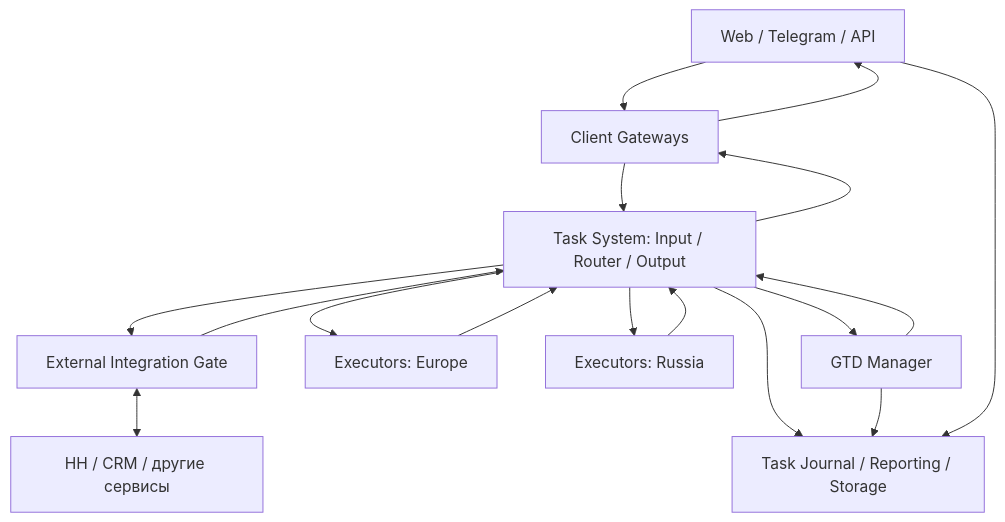
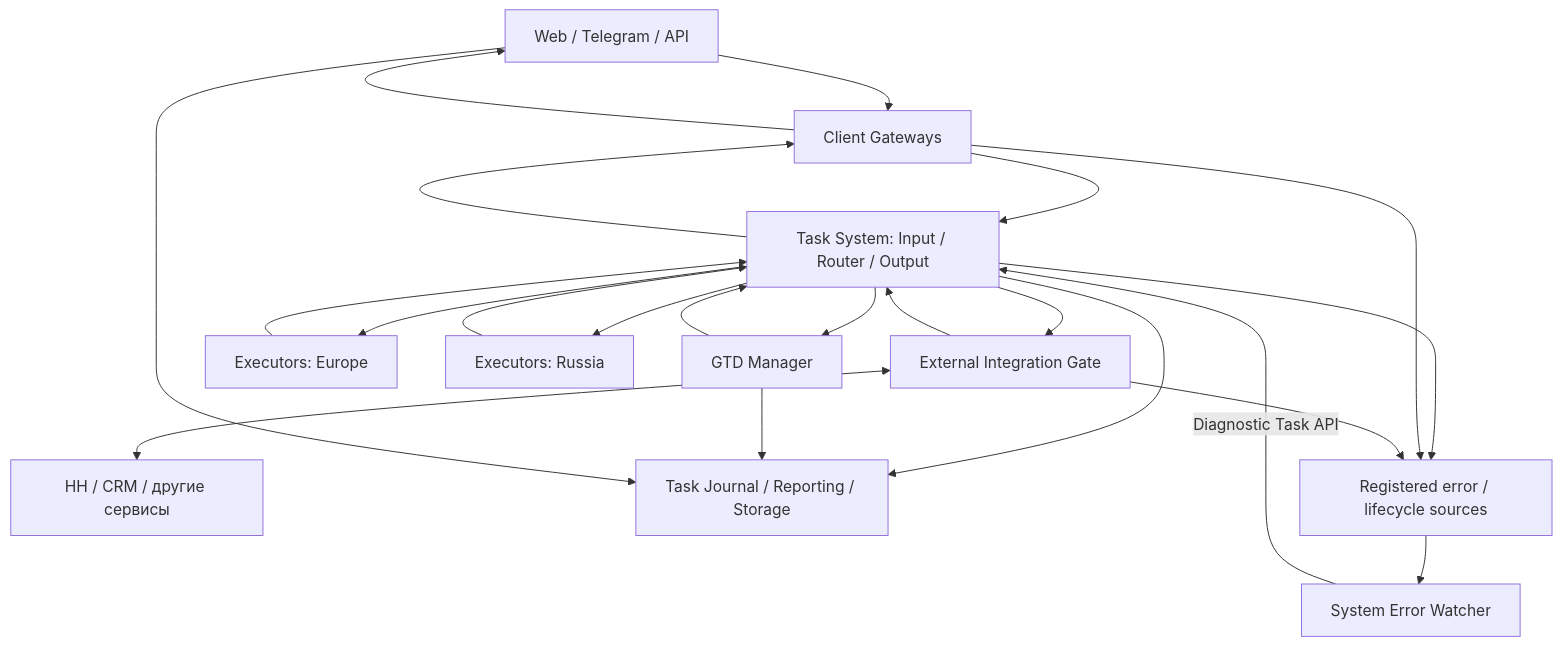
Before and after one commit to trained-assist/trained-agent-architecture: the first of 3 diagrams in ARCHITECTURE.md, drawn with Mermaid. The commit also changed other lines of this file, not shown here.

Commit message:
docs: adopt selective GTD, OpenCode escalation, watcher and observability

````diff
--- a/ARCHITECTURE.md
+++ b/ARCHITECTURE.md
@@ -15,19 +15,24 @@
 ```mermaid
 flowchart TD
   C["Web / Telegram / API"] --> G["Client Gateways"]
   G --> T["Task System: Input / Router / Output"]
   E["External Integration Gate"] --> T
   T --> E
   E <--> X["HH / CRM / другие сервисы"]
   T --> EU["Executors: Europe"]
   T --> RU["Executors: Russia"]
   EU --> T
   RU --> T
   T --> G
   G --> C
   D["GTD Manager"] --> T
   T --> D
   T --> S["Task Journal / Reporting / Storage"]
   D --> S
   C --> S
+  T --> LOG["Registered error / lifecycle sources"]
+  G --> LOG
+  E --> LOG
+  LOG --> WATCH["System Error Watcher"]
+  WATCH -->|"Diagnostic Task API"| T
 ```
````
